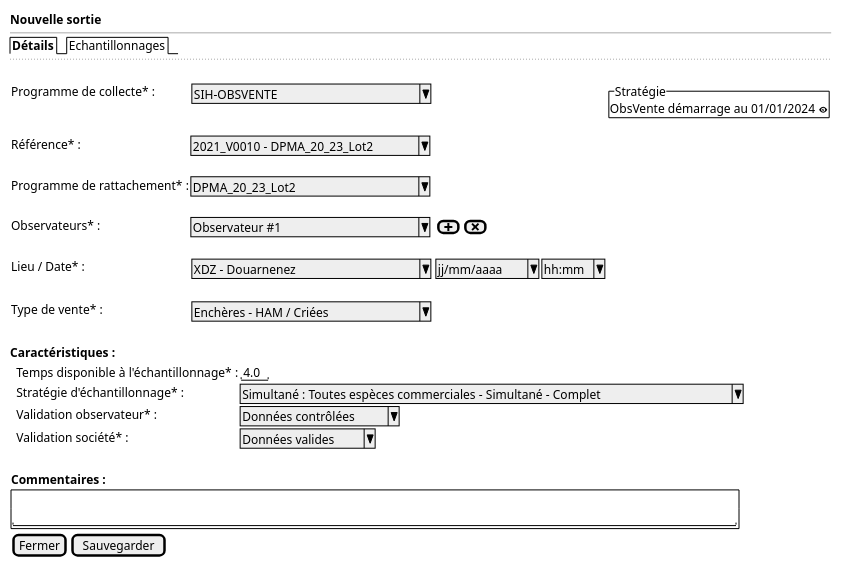
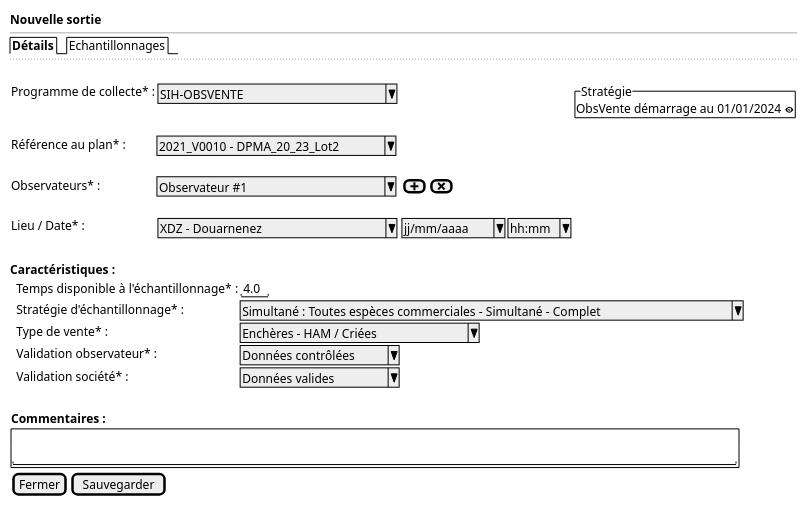
Before and after one commit to sumaris-net/sumaris-doc: the diagram in projects/obsvente/spe/images/observed-location-new.puml, drawn with PlantUML. The commit also changed 4 other files, not shown here.

```diff
--- a/projects/obsvente/spe/images/observed-location-new.puml
+++ b/projects/obsvente/spe/images/observed-location-new.puml
@@ -1,46 +1,43 @@
 @startsalt
 {
   <b>Nouvelle sortie
   --
   {/ <b>Détails | Echantillonnages }
   ..
   .
   {
 
       Programme de collecte* :    | { ^SIH-OBSVENTE                ^ } | * | {^"Stratégie"
                                                                                               ObsVente démarrage au 01/01/2024 <&eye> }
 
-      Référence* : | ^2021_V0010 - DPMA_20_23_Lot2^
-      .
-      Programme de rattachement* : | ^DPMA_20_23_Lot2             ^
+      Référence au plan* : | ^2021_V0010 - DPMA_20_23_Lot2^
       .
       Observateurs* :            | ^ Observateur #1             ^ | { [<&plus>] | [<&x>] }
       .
       Lieu / Date* :     | { ^XDZ - Douarnenez            ^ } | { ^ jj/mm/aaaa^  |  ^ hh:mm^ }
-      .
-      Type de vente* :   | { ^Enchères - HAM / Criées     ^}
       .
   }
 
   <b>Caractéristiques :
 
   {
       . | Temps disponible à l'échantillonnage* :| "4.0"
       . | Stratégie d'échantillonnage* : | ^Simultané : Toutes espèces commerciales - Simultané - Complet^
+      . | Type de vente* : | ^Enchères - HAM / Criées     ^
       . | Validation observateur* : | ^Données contrôlées^
-      . | Validation société* : | ^Données valides^
+      . | Validation société* : | ^Données valides   ^
       . | .
   }
 
 
   {
      <b>Commentaires :
 
      {+ .
         "                                                                                          "
      }
   }
 
   { [Fermer] | [Sauvegarder] }
 }
 @endsalt
```
